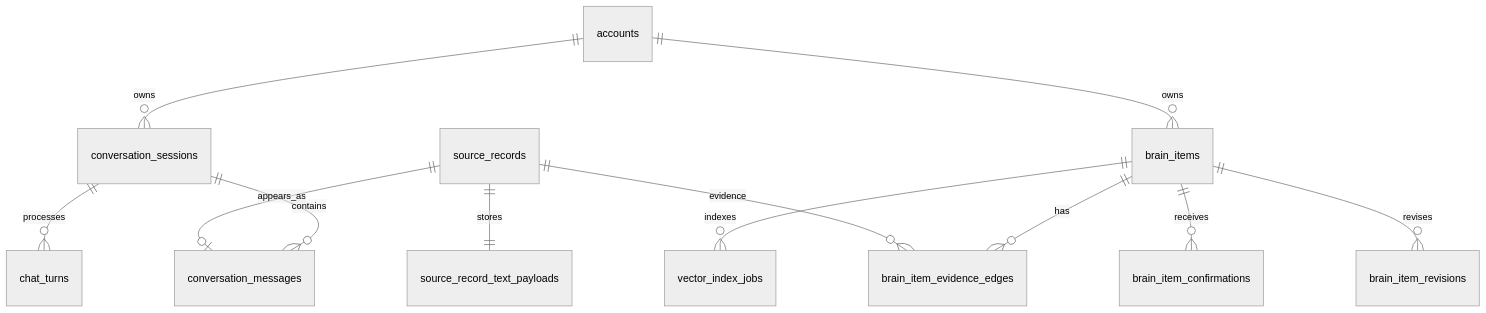
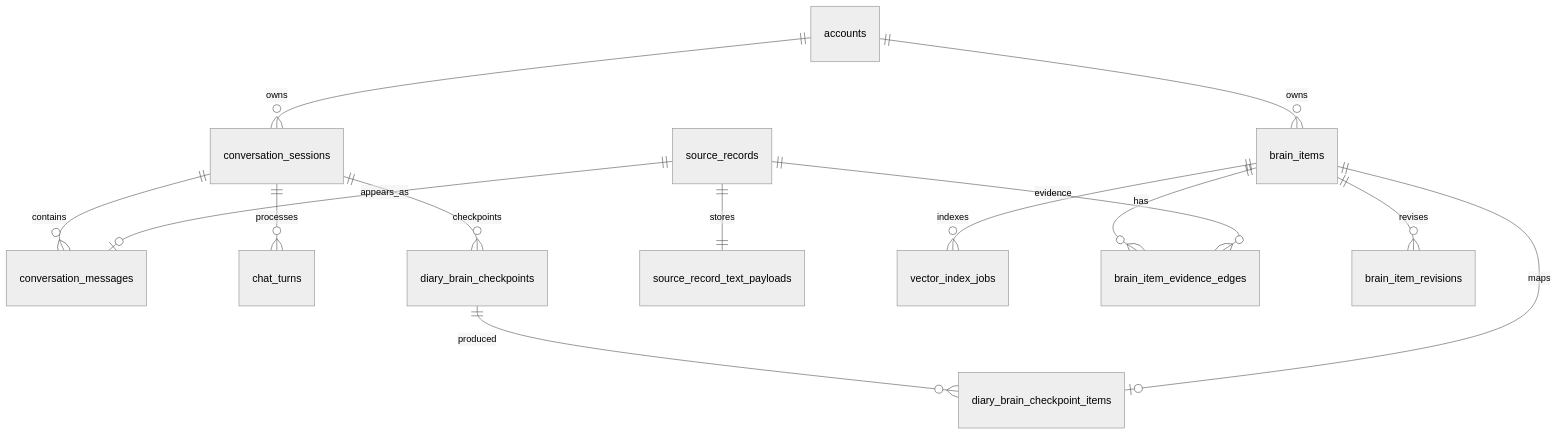
Before and after one commit to kkyosuke/me-builder: the third of 8 diagrams in docs/architecture/diary-chat-implementation-design.md, drawn with Mermaid (neutral theme). The commit also changed other lines of this file and 62 other files, not shown here.

````diff
--- a/docs/architecture/diary-chat-implementation-design.md
+++ b/docs/architecture/diary-chat-implementation-design.md
@@ -140,14 +147,16 @@
 ```mermaid
 erDiagram
     accounts ||--o{ conversation_sessions : owns
     conversation_sessions ||--o{ conversation_messages : contains
     conversation_sessions ||--o{ chat_turns : processes
+    conversation_sessions ||--o{ diary_brain_checkpoints : checkpoints
+    diary_brain_checkpoints ||--o{ diary_brain_checkpoint_items : produced
     source_records ||--|| source_record_text_payloads : stores
     source_records ||--o| conversation_messages : appears_as
     accounts ||--o{ brain_items : owns
+    brain_items ||--o| diary_brain_checkpoint_items : maps
     brain_items ||--o{ vector_index_jobs : indexes
     brain_items ||--o{ brain_item_evidence_edges : has
     source_records ||--o{ brain_item_evidence_edges : evidence
-    brain_items ||--o{ brain_item_confirmations : receives
     brain_items ||--o{ brain_item_revisions : revises
 ```
````
